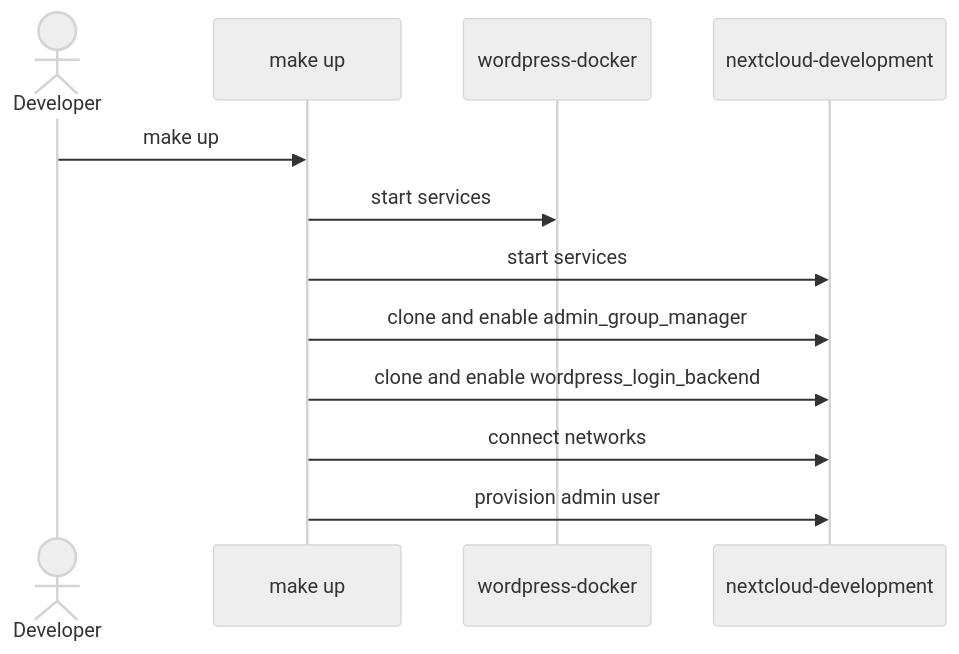
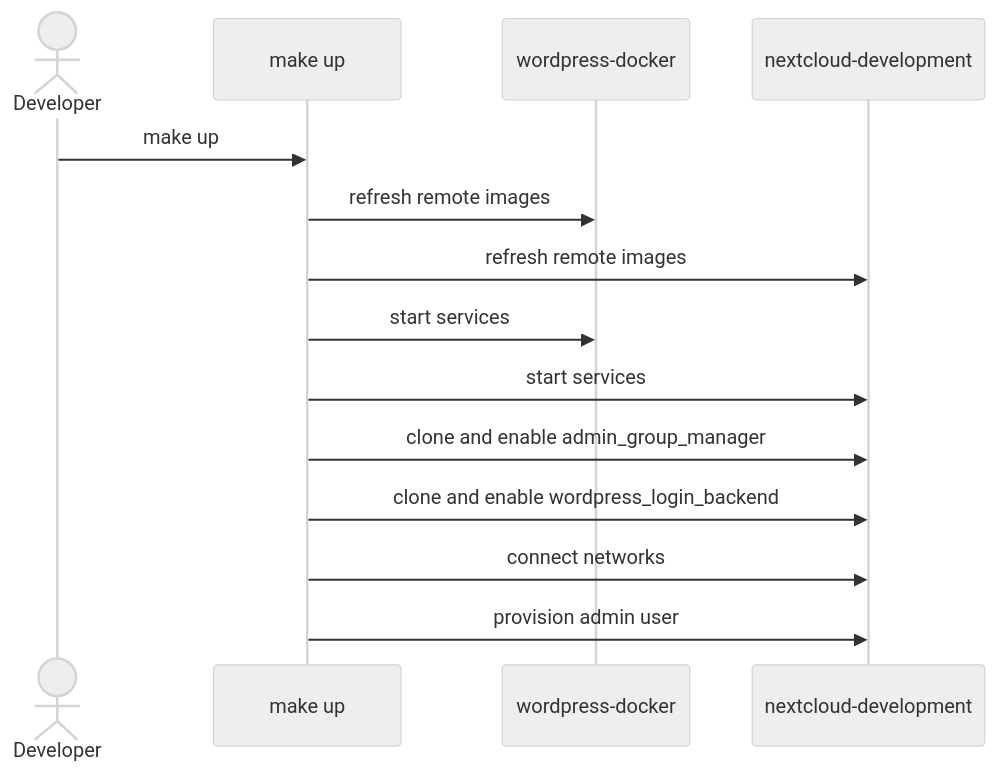
The first of 2 diagrams in README.md (LibreSign/saas), drawn with Mermaid (neutral theme) before and after one commit. The commit also changed other lines of this file, not shown here.

Commit message:
docs: document make up image refresh

````diff
--- a/README.md
+++ b/README.md
@@ -41,15 +46,17 @@
 ```mermaid
 sequenceDiagram
     actor Dev as Developer
     participant Make as make up
     participant WP as wordpress-docker
     participant NC as nextcloud-development
 
     Dev->>Make: make up
+    Make->>WP: refresh remote images
+    Make->>NC: refresh remote images
     Make->>WP: start services
     Make->>NC: start services
     Make->>NC: clone and enable admin_group_manager
     Make->>NC: clone and enable wordpress_login_backend
     Make->>NC: connect networks
     Make->>NC: provision admin user
 ```
````
